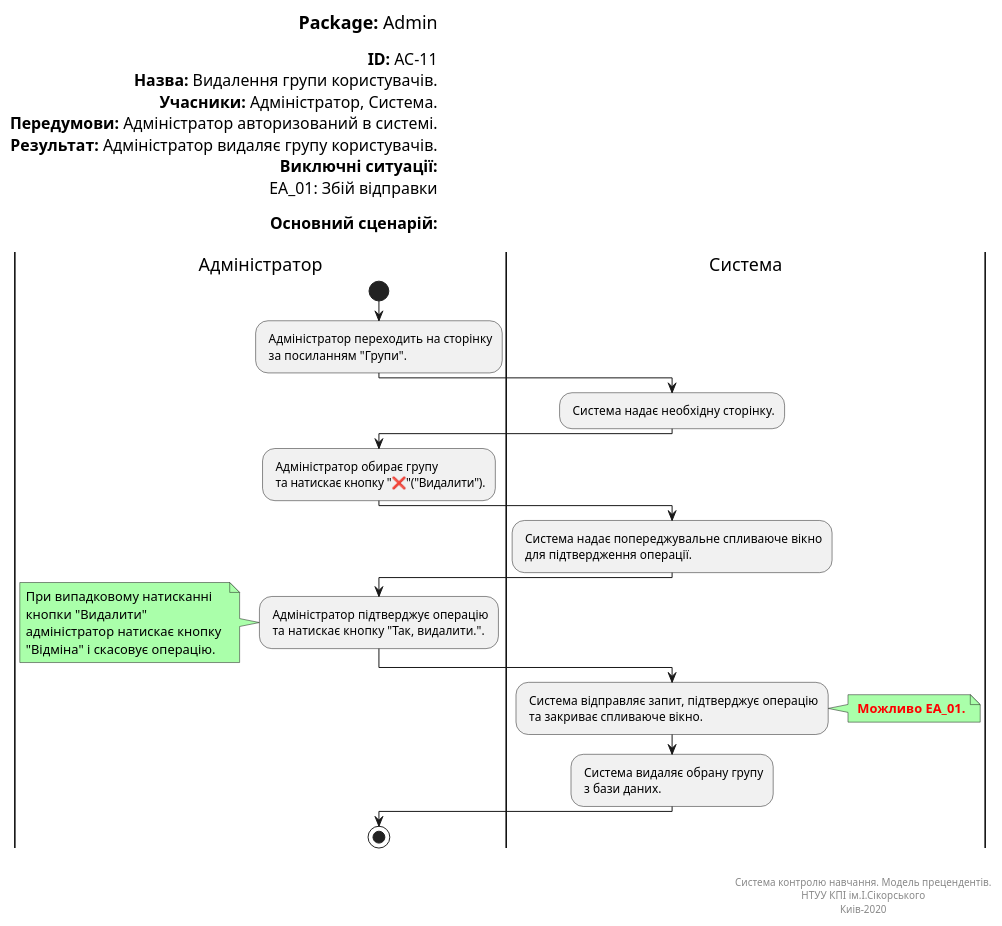
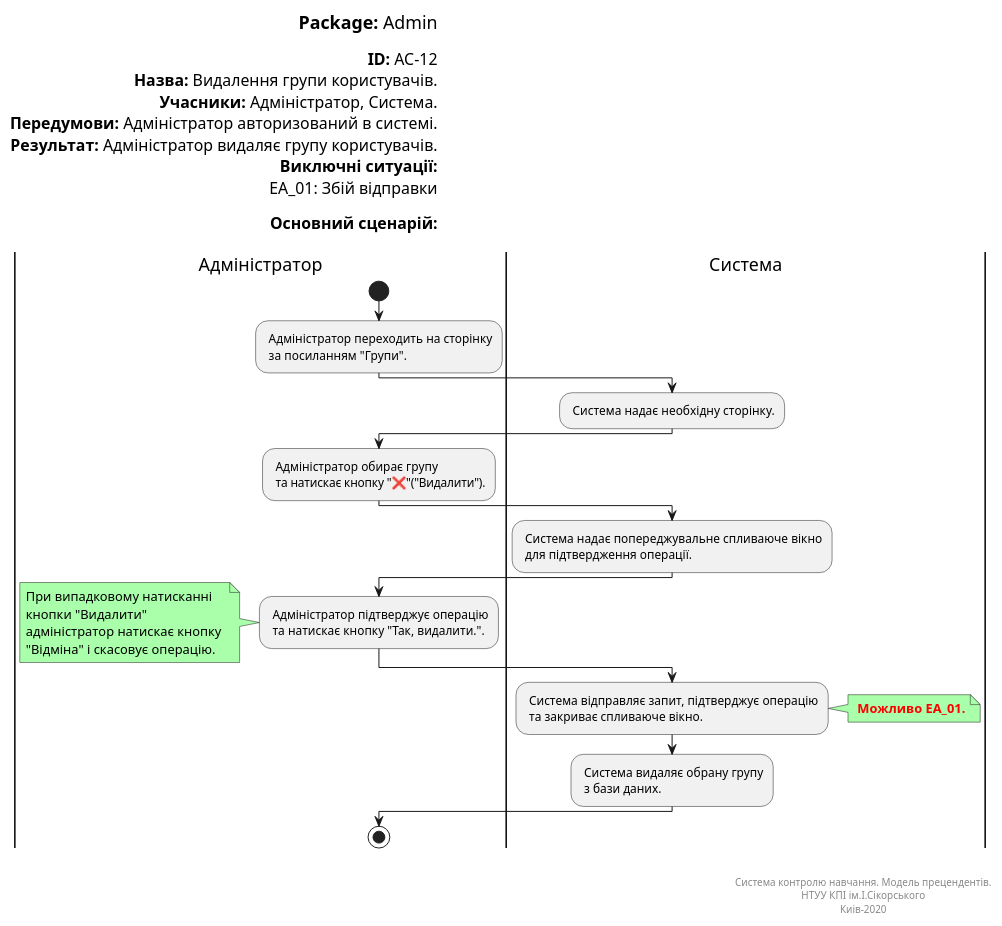
The diagram in docs/UML_Diagrams/scenarios/admin/src/delete_group.pu (vladlinu/TeamOne), drawn with PlantUML before and after one commit. The commit also changed 18 other files, not shown here.

```diff
--- a/docs/UML_Diagrams/scenarios/admin/src/delete_group.pu
+++ b/docs/UML_Diagrams/scenarios/admin/src/delete_group.pu
@@ -1,65 +1,65 @@
 @startuml
 left header
 <font color=000 size=18><b>Package:</b> Admin
 
-<font color=000 size=16><b>ID:</b> AC-11
+<font color=000 size=16><b>ID:</b> AC-12
 <font color=000 size=16><b>Назва:</b> Видалення групи користувачів.
 <font color=000 size=16><b>Учасники:</b> Адміністратор, Система.
 <font color=000 size=16><b>Передумови:</b> Адміністратор авторизований в системі.
 <font color=000 size=16><b>Результат:</b> Адміністратор видаляє групу користувачів.
 <font color=000 size=16><b>Виключні ситуації:</b>
 <font color=000 size=16> EA_01: Збій відправки
 
 <font color=000 size=16><b>Основний сценарій:</b>
 
 end header
 
 |Адміністратор|
 start
 : Адміністратор переходить на сторінку 
  за посиланням "Групи".;
 
 |Система|
 : Система надає необхідну сторінку.;
 
 |Адміністратор|
 : Адміністратор обирає групу
  та натискає кнопку "❌"("Видалити").;
 
 |Система|
 : Система надає попереджувальне спливаюче вікно
  для підтвердження операції.;
 
 |Адміністратор|
 : Адміністратор підтверджує операцію
  та натискає кнопку "Так, видалити.".;
 
 note left #aaffaa
 При випадковому натисканні 
 кнопки "Видалити"
 адміністратор натискає кнопку 
 "Відміна" і скасовує операцію.
 end note
 
 |Система|
 : Система відправляє запит, підтверджує операцію
  та закриває спливаюче вікно.;
 
 note right #aaffaa
 <font color=red><b> Можливо EA_01.
 end note
 
 : Система видаляє обрану групу
  з бази даних.;
 
 |Адміністратор|
 stop;
 
 right footer
 
 
 Система контролю навчання. Модель прецендентів.
 НТУУ КПІ ім.І.Сікорського
 Киів-2020
 end footer
 @enduml
```
